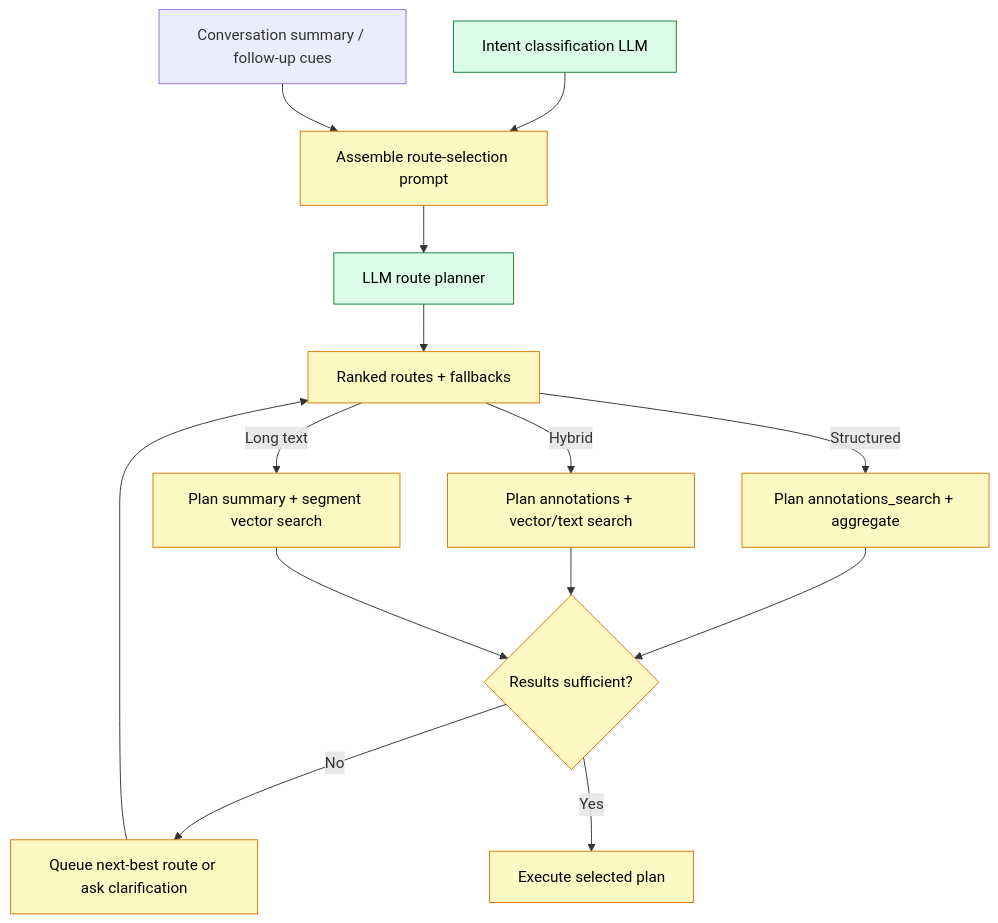
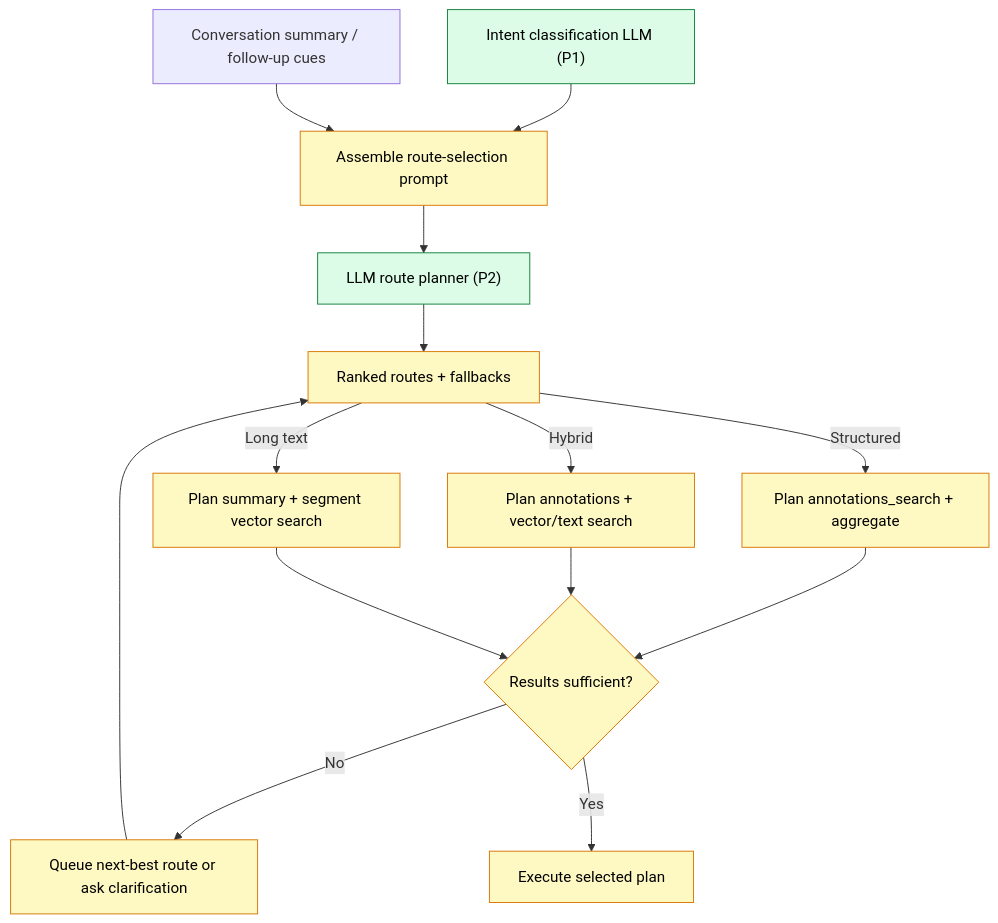
Before and after one commit to nobody-qwert/zzz_rag_xxx: the second of 3 diagrams in docs/architecture/rag_workflow.md, drawn with Mermaid. The commit also changed other lines of this file, not shown here.

Commit message:
Added prompt references and specific clarification paths (needs review)

````diff
--- a/docs/architecture/rag_workflow.md
+++ b/docs/architecture/rag_workflow.md
@@ -91,34 +105,34 @@
 ```mermaid
 flowchart TD
-    INTENT[Intent classification LLM]
+    INTENT["Intent classification LLM (P1)"]
     HISTORY[Conversation summary / follow-up cues]
 
     INTENT --> PROMPT[Assemble route-selection prompt]
     HISTORY --> PROMPT
 
-    PROMPT --> LLM[LLM route planner]
+    PROMPT --> LLM["LLM route planner (P2)"]
     LLM --> SCORE[Ranked routes + fallbacks]
 
     SCORE -->|Structured| STRUCT_ROUTE[Plan annotations_search + aggregate]
     SCORE -->|Hybrid| HYBRID_ROUTE[Plan annotations + vector/text search]
     SCORE -->|Long text| LONG_ROUTE[Plan summary + segment vector search]
 
     STRUCT_ROUTE --> CHECK{Results sufficient?}
     HYBRID_ROUTE --> CHECK
     LONG_ROUTE --> CHECK
 
     CHECK -->|No| FALLBACK[Queue next-best route or ask clarification]
     FALLBACK --> SCORE
     CHECK -->|Yes| EXECUTE[Execute selected plan]
 
     style INTENT fill:#dcfce7,stroke:#15803d,color:#000
     style PROMPT fill:#fef9c3,stroke:#d97706,color:#000
     style LLM fill:#dcfce7,stroke:#15803d,color:#000
     style SCORE fill:#fef9c3,stroke:#d97706,color:#000
     style STRUCT_ROUTE fill:#fef9c3,stroke:#d97706,color:#000
     style HYBRID_ROUTE fill:#fef9c3,stroke:#d97706,color:#000
     style LONG_ROUTE fill:#fef9c3,stroke:#d97706,color:#000
     style CHECK fill:#fef9c3,stroke:#d97706,color:#000
     style FALLBACK fill:#fef9c3,stroke:#d97706,color:#000
     style EXECUTE fill:#fef9c3,stroke:#d97706,color:#000
 ```
````
